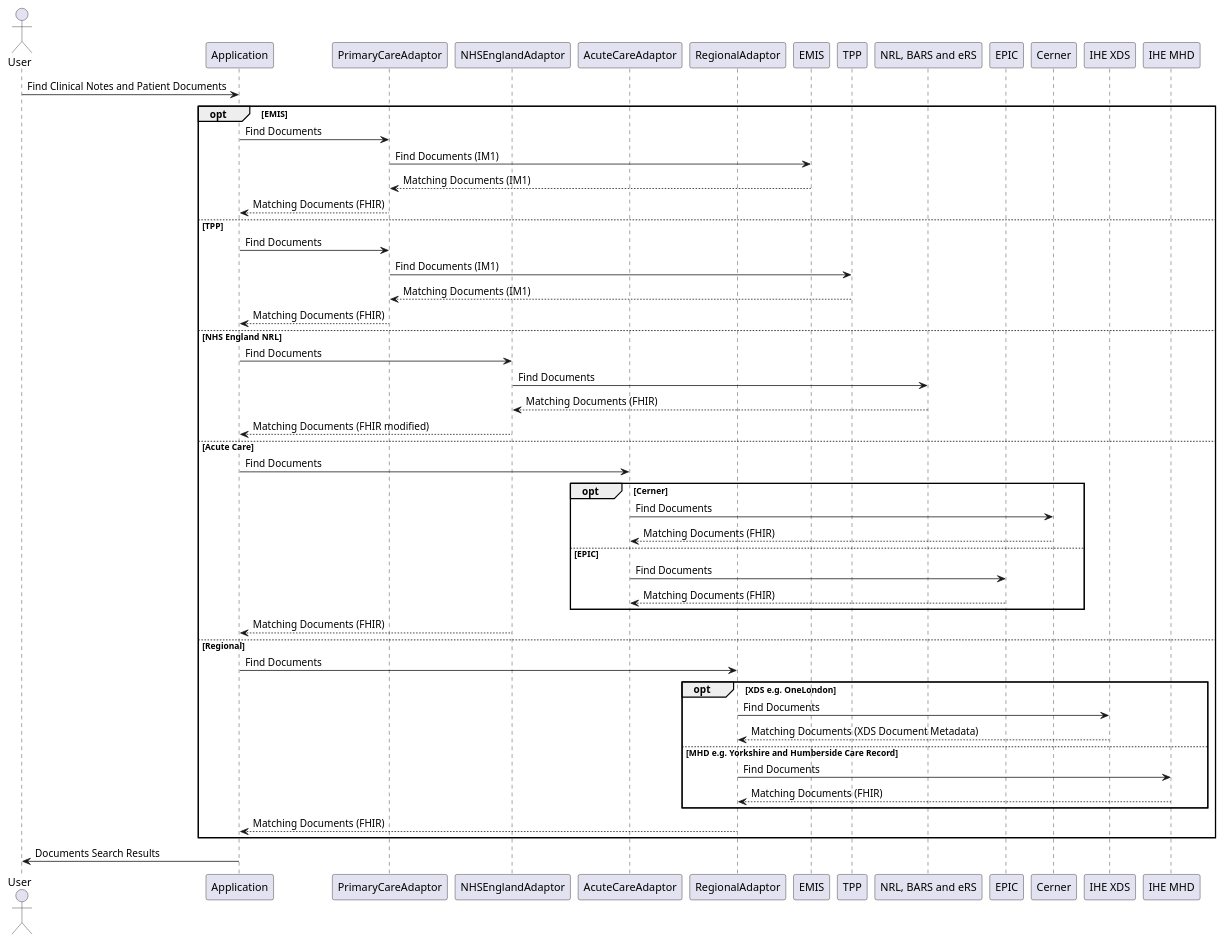
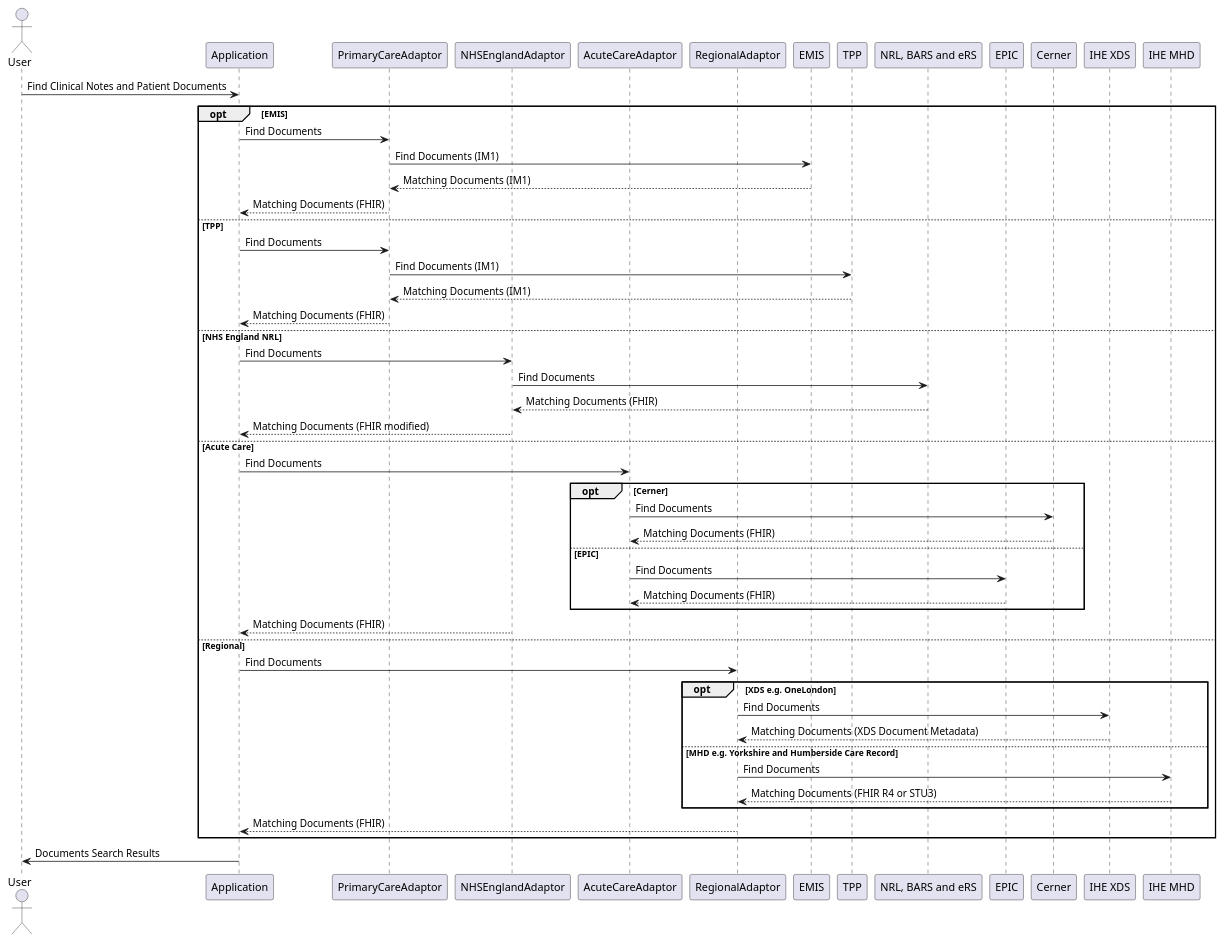
One commit to KevinMayfield/VirtuallyHealthcare changed the diagram in input/images-source/finddocuments.plantuml. Above: the diagram before and after it, drawn with PlantUML. The commit also changed 189 other files, not shown here.

```diff
--- a/input/images-source/finddocuments.plantuml
+++ b/input/images-source/finddocuments.plantuml
@@ -1,57 +1,57 @@
 @startuml
 
 actor User
 participant Application
 participant PrimaryCareAdaptor
 participant NHSEnglandAdaptor
 participant AcuteCareAdaptor
 participant RegionalAdaptor
 participant EMIS
 participant TPP
 participant NRL as "NRL, BARS and eRS"
 participant EPIC
 participant Cerner
 participant XDS as "IHE XDS"
 participant MHD as "IHE MHD"
 
 User -> Application : Find Clinical Notes and Patient Documents
 opt EMIS
 Application-> PrimaryCareAdaptor: Find Documents
 PrimaryCareAdaptor -> EMIS: Find Documents (IM1)
 EMIS --> PrimaryCareAdaptor : Matching Documents (IM1)
 PrimaryCareAdaptor --> Application : Matching Documents (FHIR)
 else TPP
 Application-> PrimaryCareAdaptor: Find Documents
 PrimaryCareAdaptor -> TPP: Find Documents (IM1)
 TPP --> PrimaryCareAdaptor : Matching Documents (IM1)
 PrimaryCareAdaptor --> Application : Matching Documents (FHIR)
 else NHS England NRL
 Application-> NHSEnglandAdaptor: Find Documents
 NHSEnglandAdaptor -> NRL: Find Documents
 NRL --> NHSEnglandAdaptor: Matching Documents (FHIR)
 NHSEnglandAdaptor --> Application: Matching Documents (FHIR modified)
 else Acute Care
   Application-> AcuteCareAdaptor: Find Documents
   opt Cerner
    AcuteCareAdaptor -> Cerner: Find Documents
    Cerner --> AcuteCareAdaptor: Matching Documents (FHIR)
    else EPIC
    AcuteCareAdaptor -> EPIC: Find Documents
    EPIC --> AcuteCareAdaptor: Matching Documents (FHIR)
   end
 NHSEnglandAdaptor --> Application: Matching Documents (FHIR)
 else Regional
   Application-> RegionalAdaptor: Find Documents
   opt XDS e.g. OneLondon
    RegionalAdaptor -> XDS: Find Documents
    XDS --> RegionalAdaptor: Matching Documents (XDS Document Metadata)
    else MHD e.g. Yorkshire and Humberside Care Record
    RegionalAdaptor -> MHD: Find Documents
-   MHD --> RegionalAdaptor: Matching Documents (FHIR)
+   MHD --> RegionalAdaptor: Matching Documents (FHIR R4 or STU3)
   end
 RegionalAdaptor --> Application: Matching Documents (FHIR)
 end
 
 Application -> User: Documents Search Results
 
 @enduml
```
